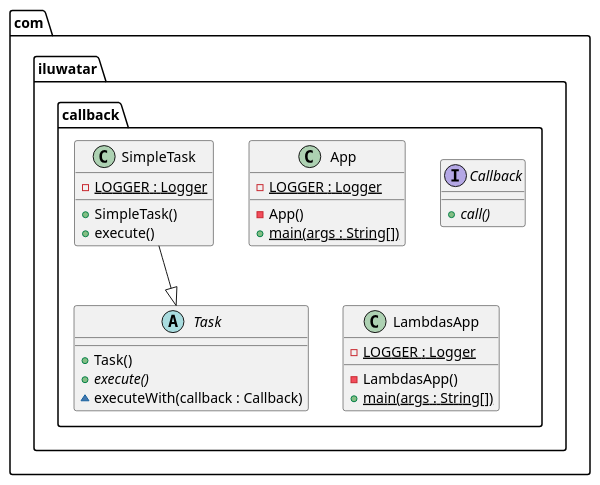
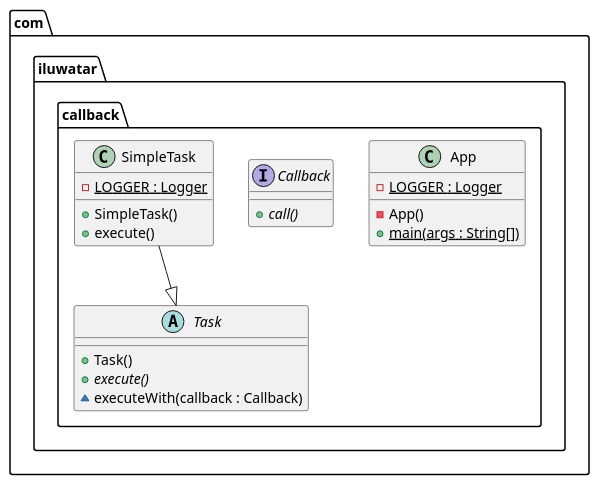
Before and after one commit to NatalieSty/java-design-patterns: the diagram in callback/etc/callback.urm.puml, drawn with PlantUML. The commit also changed 2 other files, not shown here.

```diff
--- a/callback/etc/callback.urm.puml
+++ b/callback/etc/callback.urm.puml
@@ -1,28 +1,23 @@
 @startuml
 package com.iluwatar.callback {
   class App {
     - LOGGER : Logger {static}
     - App()
     + main(args : String[]) {static}
   }
   interface Callback {
     + call() {abstract}
-  }
-  class LambdasApp {
-    - LOGGER : Logger {static}
-    - LambdasApp()
-    + main(args : String[]) {static}
   }
   class SimpleTask {
     - LOGGER : Logger {static}
     + SimpleTask()
     + execute()
   }
   abstract class Task {
     + Task()
     + execute() {abstract}
     ~ executeWith(callback : Callback)
   }
 }
 SimpleTask --|> Task 
 @enduml
```
